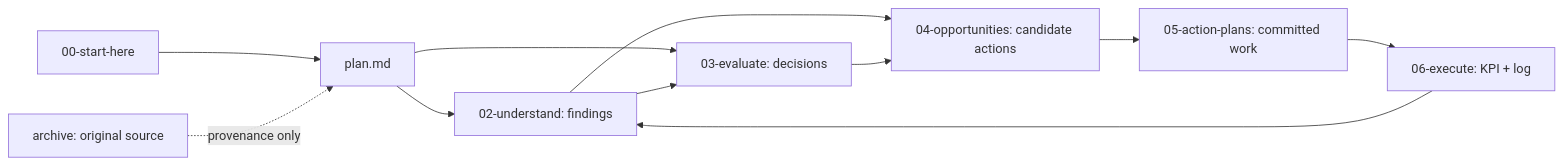
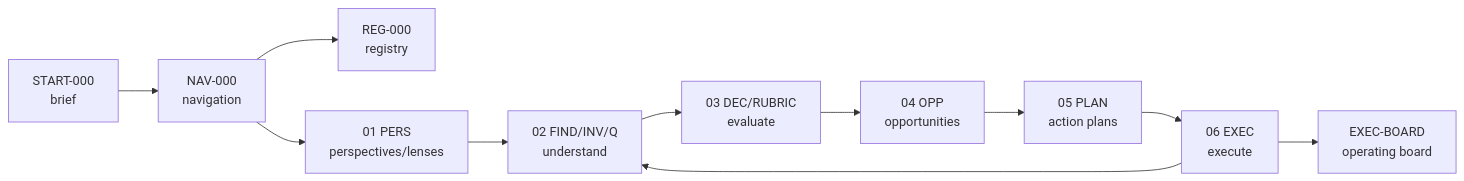
The diagram in plans/260604-1125-retail-reactivation/00-start-here.md (vantt/data-integration), drawn with Mermaid before and after one commit. The commit also changed other lines of this file and 73 other files, not shown here.

Commit message:
docs(plans): restructure retail reactivation into systematic registry with prefixes

````diff
--- a/plans/260604-1125-retail-reactivation/00-start-here.md
+++ b/plans/260604-1125-retail-reactivation/00-start-here.md
@@ -41,13 +45,13 @@
 ```mermaid
 flowchart LR
-  Start["00-start-here"] --> Hub["plan.md"]
-  Hub --> Understand["02-understand: findings"]
-  Hub --> Evaluate["03-evaluate: decisions"]
-  Understand --> Evaluate
-  Understand --> Opportunities["04-opportunities: candidate actions"]
-  Evaluate --> Opportunities
-  Opportunities --> Plans["05-action-plans: committed work"]
-  Plans --> Execute["06-execute: KPI + log"]
-  Execute --> Understand
-  Archive["archive: original source"] -. provenance only .-> Hub
+  Start["START-000<br/>brief"] --> Nav["NAV-000<br/>navigation"]
+  Nav --> Registry["REG-000<br/>registry"]
+  Nav --> S01["01 PERS<br/>perspectives/lenses"]
+  S01 --> S02["02 FIND/INV/Q<br/>understand"]
+  S02 --> S03["03 DEC/RUBRIC<br/>evaluate"]
+  S03 --> S04["04 OPP<br/>opportunities"]
+  S04 --> S05["05 PLAN<br/>action plans"]
+  S05 --> S06["06 EXEC<br/>execute"]
+  S06 --> S02
+  S06 --> Board["EXEC-BOARD<br/>operating board"]
 ```
````
